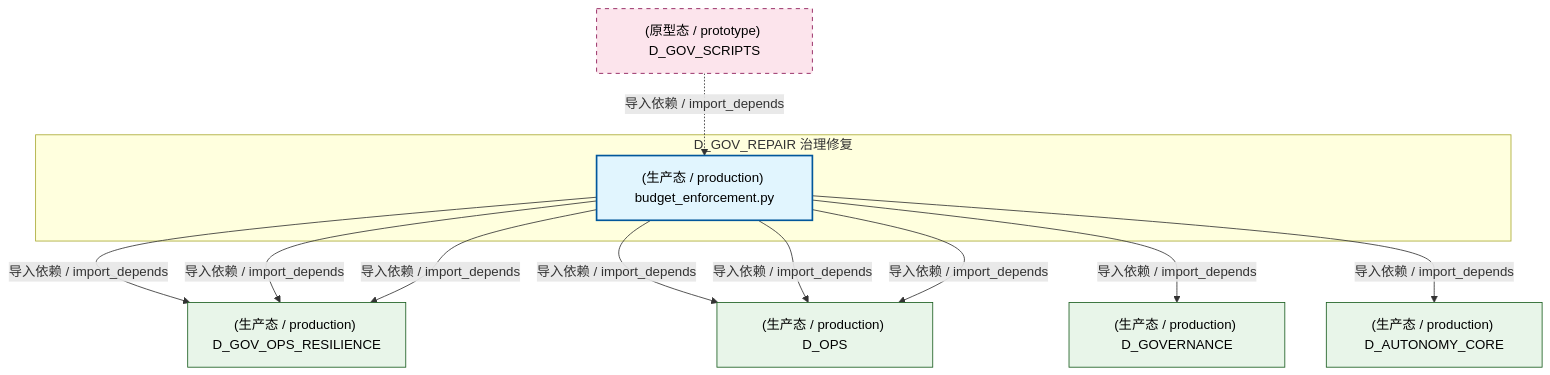
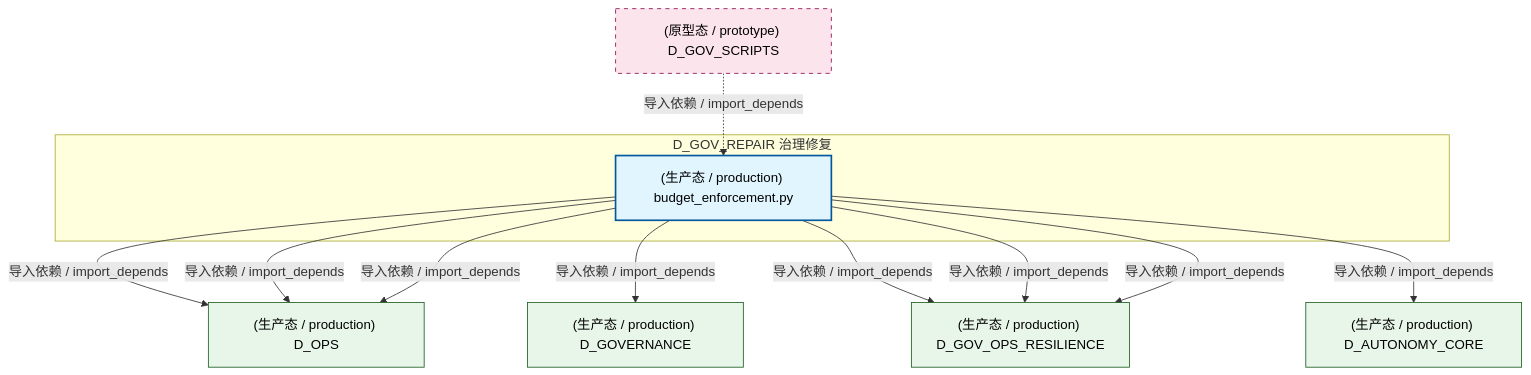
The second of 3 diagrams in docs/02_enterprise_architecture/02_domain_architecture_docs/44_d_gov_repair.md (xuanFelixVan/ZephyrAlpha), drawn with Mermaid before and after one commit. The commit also changed other lines of this file and 98 other files, not shown here.

````diff
--- a/docs/02_enterprise_architecture/02_domain_architecture_docs/44_d_gov_repair.md
+++ b/docs/02_enterprise_architecture/02_domain_architecture_docs/44_d_gov_repair.md
@@ -95,27 +95,27 @@
 ```mermaid
 graph TD
     subgraph D_GOV_REPAIR["D_GOV_REPAIR 治理修复"]
         src_zephyr_governance_financial_governance_budget_enforcement_py["(生产态 / production) budget_enforcement.py"]
     end
-    D_GOV_OPS_RESILIENCE["(生产态 / production) D_GOV_OPS_RESILIENCE"]
-    src_zephyr_governance_financial_governance_budget_enforcement_py -->|导入依赖 / import_depends| D_GOV_OPS_RESILIENCE
     D_OPS["(生产态 / production) D_OPS"]
     src_zephyr_governance_financial_governance_budget_enforcement_py -->|导入依赖 / import_depends| D_OPS
     D_GOVERNANCE["(生产态 / production) D_GOVERNANCE"]
     src_zephyr_governance_financial_governance_budget_enforcement_py -->|导入依赖 / import_depends| D_GOVERNANCE
+    D_GOV_OPS_RESILIENCE["(生产态 / production) D_GOV_OPS_RESILIENCE"]
+    src_zephyr_governance_financial_governance_budget_enforcement_py -->|导入依赖 / import_depends| D_GOV_OPS_RESILIENCE
     src_zephyr_governance_financial_governance_budget_enforcement_py -->|导入依赖 / import_depends| D_OPS
     src_zephyr_governance_financial_governance_budget_enforcement_py -->|导入依赖 / import_depends| D_GOV_OPS_RESILIENCE
     D_AUTONOMY_CORE["(生产态 / production) D_AUTONOMY_CORE"]
     src_zephyr_governance_financial_governance_budget_enforcement_py -->|导入依赖 / import_depends| D_AUTONOMY_CORE
     src_zephyr_governance_financial_governance_budget_enforcement_py -->|导入依赖 / import_depends| D_OPS
     src_zephyr_governance_financial_governance_budget_enforcement_py -->|导入依赖 / import_depends| D_GOV_OPS_RESILIENCE
     D_GOV_SCRIPTS["(原型态 / prototype) D_GOV_SCRIPTS"]
     D_GOV_SCRIPTS -.->|导入依赖 / import_depends| src_zephyr_governance_financial_governance_budget_enforcement_py
     classDef production fill:#e1f5fe,stroke:#01579b,stroke-width:2px,color:#000
     classDef design fill:#fff3e0,stroke:#e65100,stroke-width:2px,color:#000,stroke-dasharray: 5 5
     classDef external_prod fill:#e8f5e9,stroke:#1b5e20,stroke-width:1px,color:#000
     classDef external_design fill:#fce4ec,stroke:#880e4f,stroke-width:1px,color:#000,stroke-dasharray: 5 5
     class src_zephyr_governance_financial_governance_budget_enforcement_py production
-    class D_GOV_OPS_RESILIENCE,D_OPS,D_GOVERNANCE,D_AUTONOMY_CORE external_prod
+    class D_OPS,D_GOVERNANCE,D_GOV_OPS_RESILIENCE,D_AUTONOMY_CORE external_prod
     class D_GOV_SCRIPTS external_design
 ```
````
